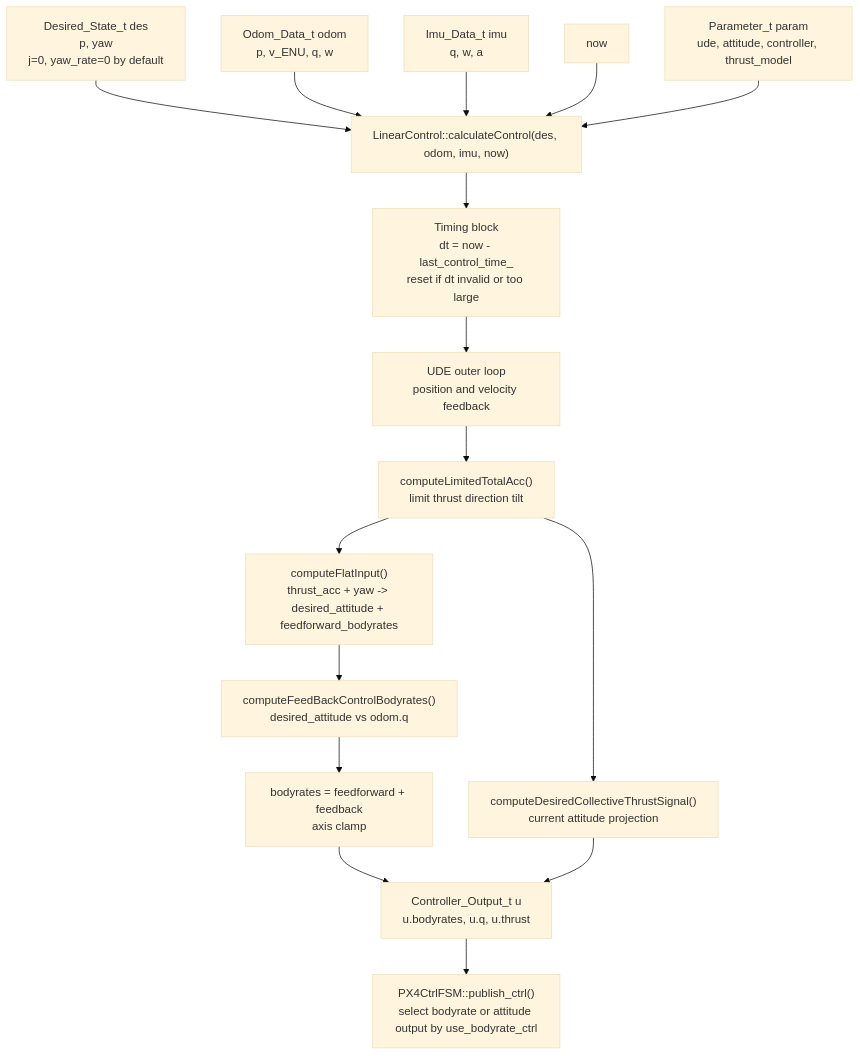
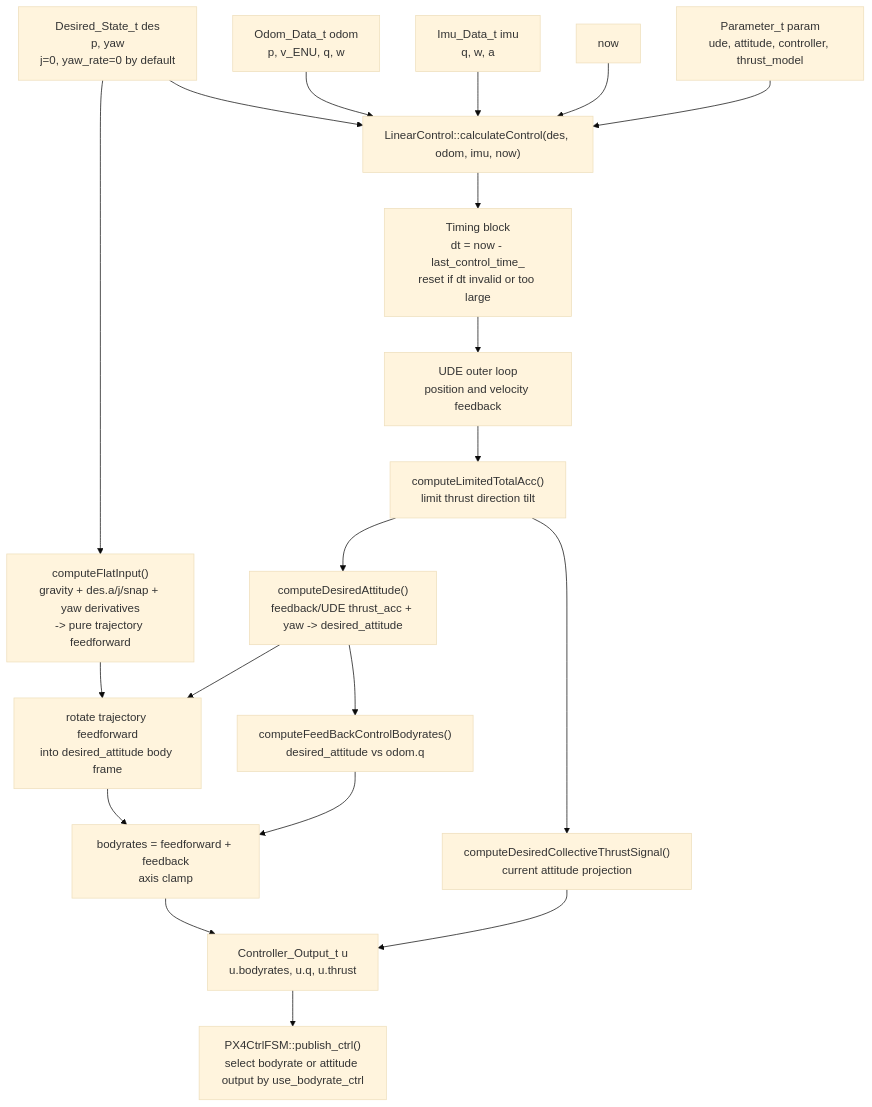
The first of 8 diagrams in ref_code/vla_px4ctrl_ros2/src/px4ctrl/docs/controller_data_flow.md (fd3s1/lerobot), drawn with Mermaid (base theme) before and after one commit. The commit also changed other lines of this file and 54 other files, not shown here.

````diff
--- a/ref_code/vla_px4ctrl_ros2/src/px4ctrl/docs/controller_data_flow.md
+++ b/ref_code/vla_px4ctrl_ros2/src/px4ctrl/docs/controller_data_flow.md
@@ -78,28 +78,32 @@
 ```mermaid
 flowchart TD
   DES["Desired_State_t des<br/>p, yaw<br/>j=0, yaw_rate=0 by default"]
   ODOM["Odom_Data_t odom<br/>p, v_ENU, q, w"]
   IMU["Imu_Data_t imu<br/>q, w, a"]
   NOW["now"]
   PARAM["Parameter_t param<br/>ude, attitude, controller, thrust_model"]
 
   CALC["LinearControl::calculateControl(des, odom, imu, now)"]
 
   DES --> CALC
   ODOM --> CALC
   IMU --> CALC
   NOW --> CALC
   PARAM --> CALC
 
   CALC --> TIME["Timing block<br/>dt = now - last_control_time_<br/>reset if dt invalid or too large"]
   TIME --> UDE["UDE outer loop<br/>position and velocity feedback"]
   UDE --> LIMIT_ACC["computeLimitedTotalAcc()<br/>limit thrust direction tilt"]
-  LIMIT_ACC --> FLAT["computeFlatInput()<br/>thrust_acc + yaw -> desired_attitude + feedforward_bodyrates"]
-  FLAT --> ATT_FB["computeFeedBackControlBodyrates()<br/>desired_attitude vs odom.q"]
+  LIMIT_ACC --> ATT["computeDesiredAttitude()<br/>feedback/UDE thrust_acc + yaw -> desired_attitude"]
+  DES --> FLAT["computeFlatInput()<br/>gravity + des.a/j/snap + yaw derivatives<br/>-> pure trajectory feedforward"]
+  FLAT --> ROTATE["rotate trajectory feedforward<br/>into desired_attitude body frame"]
+  ATT --> ROTATE
+  ATT --> ATT_FB["computeFeedBackControlBodyrates()<br/>desired_attitude vs odom.q"]
+  ROTATE --> BODYRATE_SUM
   ATT_FB --> BODYRATE_SUM["bodyrates = feedforward + feedback<br/>axis clamp"]
   LIMIT_ACC --> THRUST["computeDesiredCollectiveThrustSignal()<br/>current attitude projection"]
 
   BODYRATE_SUM --> OUT["Controller_Output_t u<br/>u.bodyrates, u.q, u.thrust"]
   THRUST --> OUT
   OUT --> PUB["PX4CtrlFSM::publish_ctrl()<br/>select bodyrate or attitude output by use_bodyrate_ctrl"]
 ```
````
